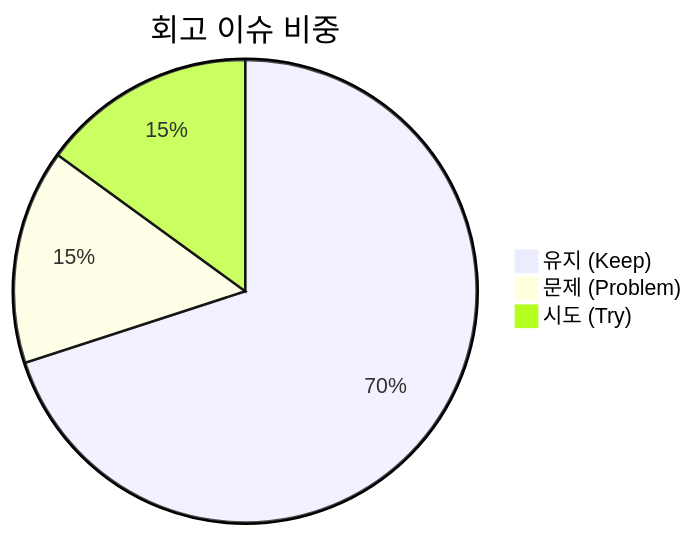
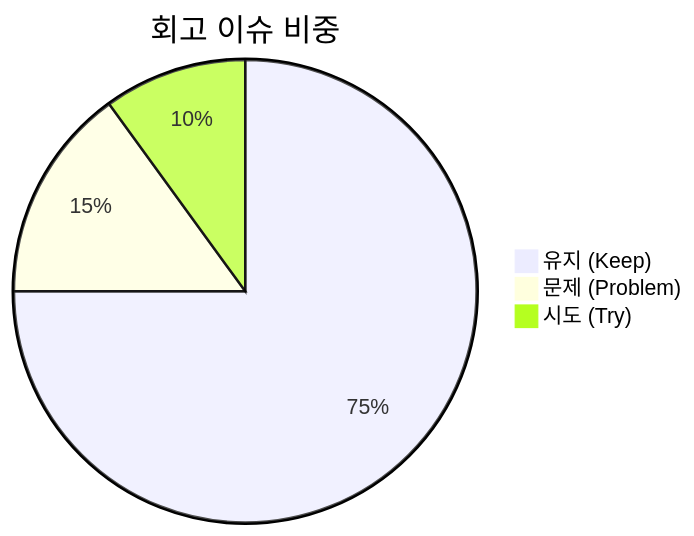
Before and after one commit to jkoogit/purePDFrend: the diagram in docs/13.회고/README_회고.md, drawn with Mermaid. The commit also changed other lines of this file and 2 other files, not shown here.

Commit message:
docs(retrospective): SESSION-0034 세션 종합 KPT 회고록(13-27) 발행 및 세션 마감 승급

````diff
--- a/docs/13.회고/README_회고.md
+++ b/docs/13.회고/README_회고.md
@@ -30,6 +31,6 @@
 ```mermaid
 pie title 회고 이슈 비중
-    "유지 (Keep)" : 70
+    "유지 (Keep)" : 75
     "문제 (Problem)" : 15
-    "시도 (Try)" : 15
+    "시도 (Try)" : 10
 ```
````
